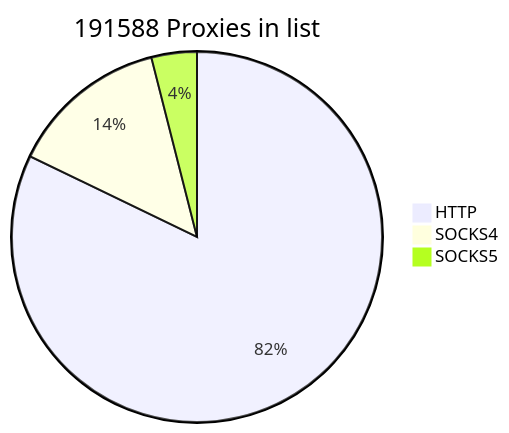
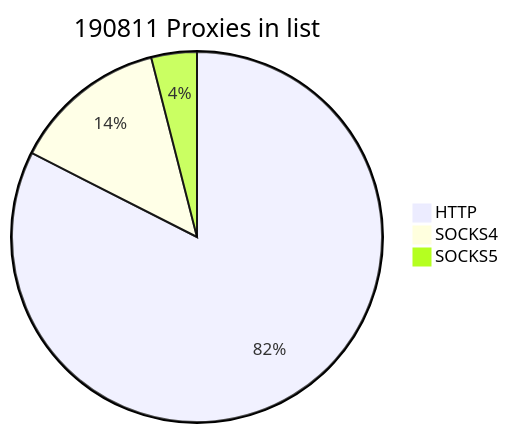
The first of 2 diagrams in README.md (cutipu/proxylist), drawn with Mermaid before and after one commit. The commit also changed other lines of this file, not shown here.

````diff
--- a/README.md
+++ b/README.md
@@ -2,7 +2,7 @@
 ```mermaid
-pie title 191588 Proxies in list
-    "HTTP" : 157417
-    "SOCKS4" : 26580
-    "SOCKS5" : 7591
+pie title 190811 Proxies in list
+    "HTTP" : 157388
+    "SOCKS4" : 25833
+    "SOCKS5" : 7590
             
 ```
````
